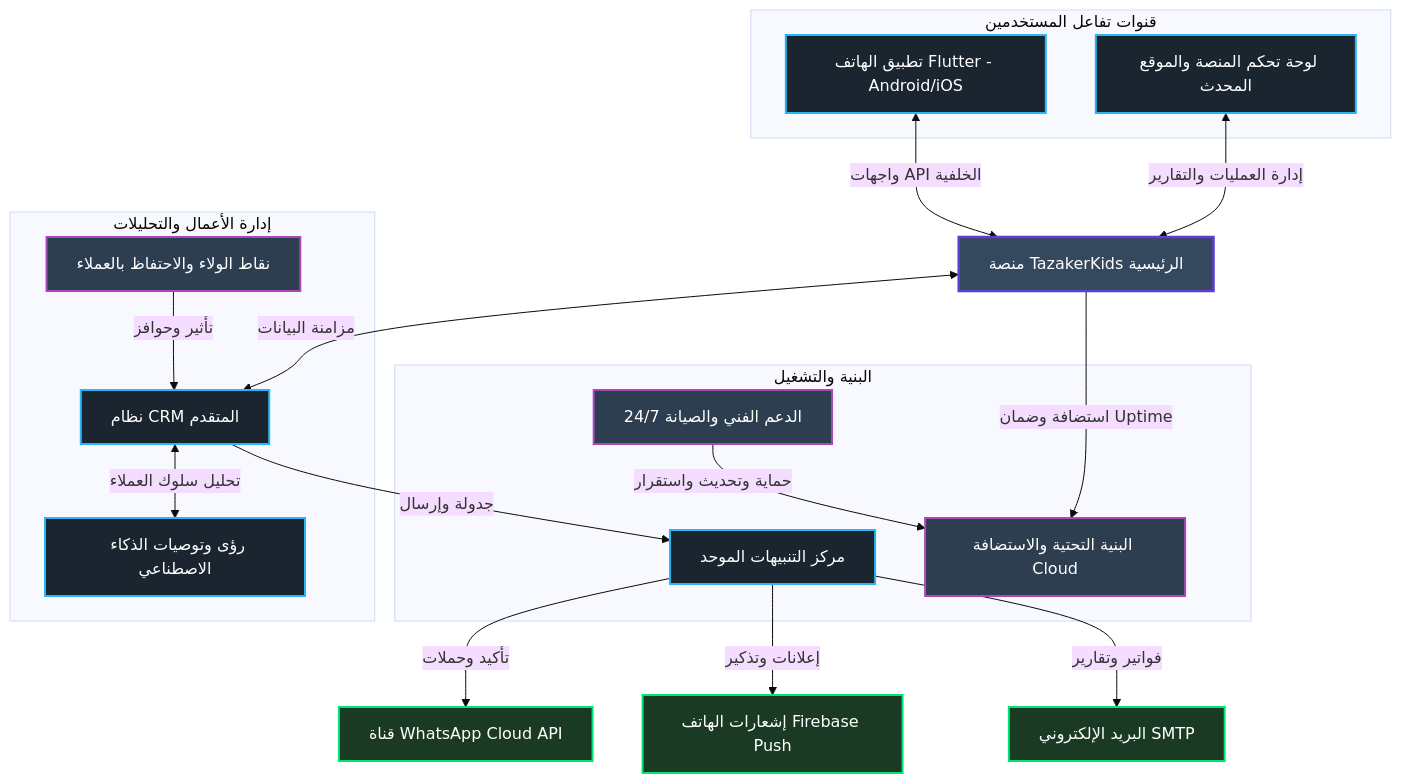
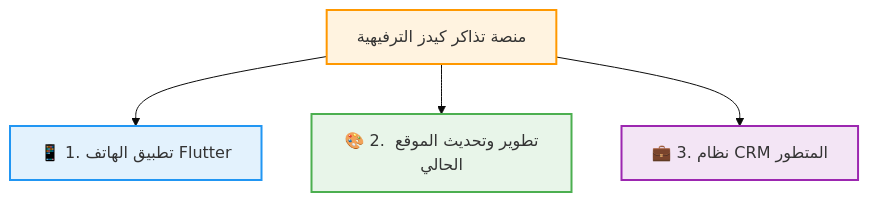
One commit to abdallah244/tazajerkids-pref changed the diagram in README.md. Above: the diagram before and after it, drawn with Mermaid (base theme). The commit also changed other lines of this file, not shown here.

````diff
--- a/README.md
+++ b/README.md
@@ -22,43 +21,14 @@
 ```mermaid
 graph TD
     %% Define Styles
-    classDef main fill:#34495e,stroke:#5D3FD3,stroke-width:2.5px,color:#fff;
-    classDef comp fill:#1a252f,stroke:#29B6F6,stroke-width:2px,color:#fff;
-    classDef support fill:#2c3e50,stroke:#AB47BC,stroke-width:2px,color:#fff;
-    classDef channel fill:#1b3a24,stroke:#00E676,stroke-width:2px,color:#fff;
+    classDef pillar fill:#FFF3E0,stroke:#FF9800,stroke-width:2px,color:#333;
+    classDef app fill:#E3F2FD,stroke:#2196F3,stroke-width:2px,color:#333;
+    classDef web fill:#E8F5E9,stroke:#4CAF50,stroke-width:2px,color:#333;
+    classDef crm fill:#F3E5F5,stroke:#9C27B0,stroke-width:2px,color:#333;
 
-    %% Nodes
-    MainPlatform[منصة TazakerKids الرئيسية]:::main
+    A[منصة تذاكر كيدز الترفيهية]:::pillar
     
-    subgraph Channels [قنوات تفاعل المستخدمين]
-        FlutterApp[تطبيق الهاتف Flutter - Android/iOS]:::comp
-        WebUX[لوحة تحكم المنصة والموقع المحدث]:::comp
-    end
-    
-    subgraph CRM_AI [إدارة الأعمال والتحليلات]
-        CRM_System[نظام CRM المتقدم]:::comp
-        AI_Insights[رؤى وتوصيات الذكاء الاصطناعي]:::comp
-        Loyalty[نقاط الولاء والاحتفاظ بالعملاء]:::support
-    end
-    
-    subgraph Ops_Infra [البنية والتشغيل]
-        NotifCenter[مركز التنبيهات الموحد]:::comp
-        CloudHosting[البنية التحتية والاستضافة Cloud]:::support
-        TechSupport[الدعم الفني والصيانة 24/7]:::support
-    end
-
-    %% Connections
-    FlutterApp <-->|واجهات API الخلفية| MainPlatform
-    WebUX <-->|إدارة العمليات والتقارير| MainPlatform
-    MainPlatform <-->|مزامنة البيانات| CRM_System
-    CRM_System <-->|تحليل سلوك العملاء| AI_Insights
-    CRM_System -->|جدولة وإرسال| NotifCenter
-    Loyalty -->|تأثير وحوافز| CRM_System
-    
-    NotifCenter -->|تأكيد وحملات| WhatsApp[قناة WhatsApp Cloud API]:::channel
-    NotifCenter -->|إعلانات وتذكير| Push[إشعارات الهاتف Firebase Push]:::channel
-    NotifCenter -->|فواتير وتقارير| Email[البريد الإلكتروني SMTP]:::channel
-    
-    MainPlatform -->|استضافة وضمان Uptime| CloudHosting
-    TechSupport -->|حماية وتحديث واستقرار| CloudHosting
+    A --> B[📱 1. تطبيق الهاتف Flutter]:::app
+    A --> C[🎨 2. تطوير وتحديث الموقع الحالي]:::web
+    A --> D[💼 3. نظام CRM المتطور]:::crm
 ```
````
